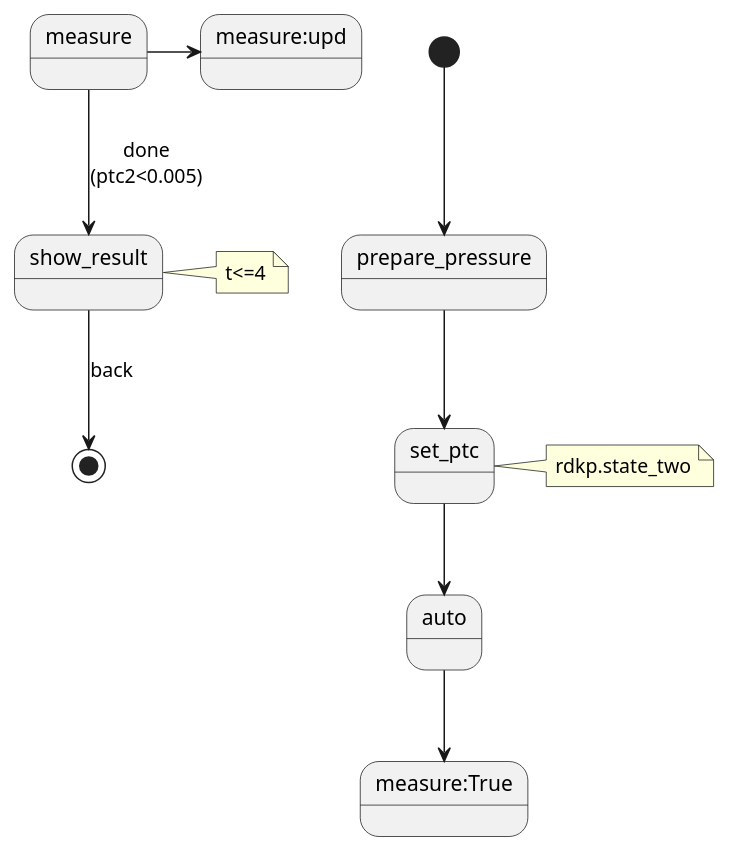
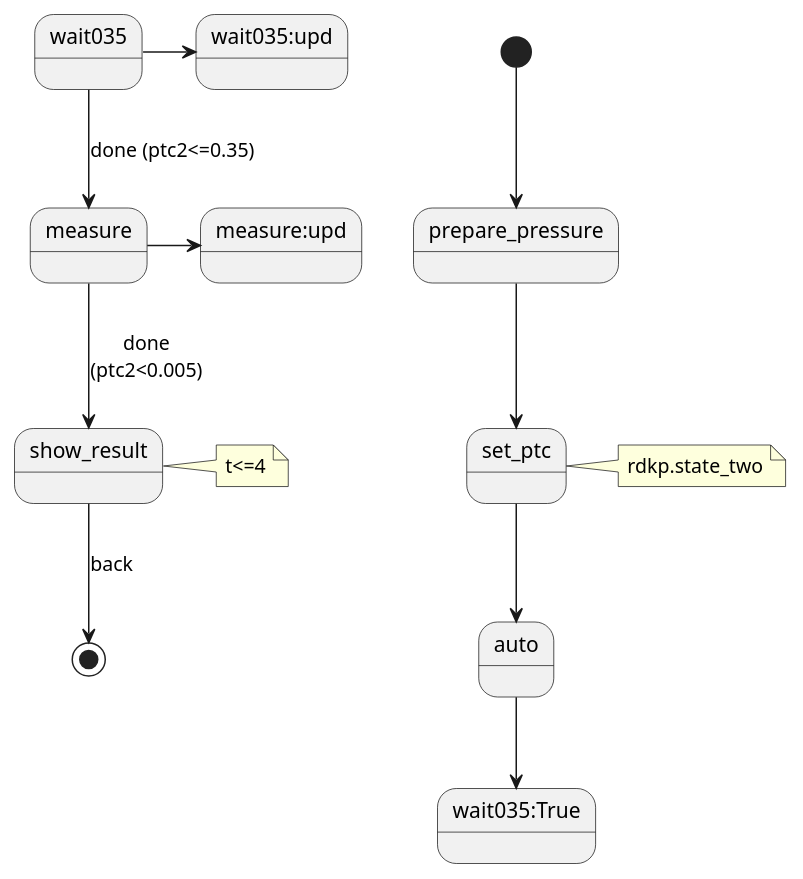
One commit to Alser69rus/A3135 changed the diagram in uml/keb/empty.puml. Above: the diagram before and after it, drawn with PlantUML. The commit also changed 3 other files, not shown here.

```diff
--- a/uml/keb/empty.puml
+++ b/uml/keb/empty.puml
@@ -1,11 +1,13 @@
 @startuml
 [*]-->prepare_pressure
 prepare_pressure-->set_ptc
 set_ptc-->auto
-auto-->measure:True
+auto-->wait035:True
+wait035->wait035:upd
+wait035-->measure:done (ptc2<=0.35)
 measure->measure:upd
 measure-->show_result:done\n(ptc2<0.005)
 show_result-->[*]:back
 note right of set_ptc:rdkp.state_two
 note right of show_result:t<=4
 @enduml
```
